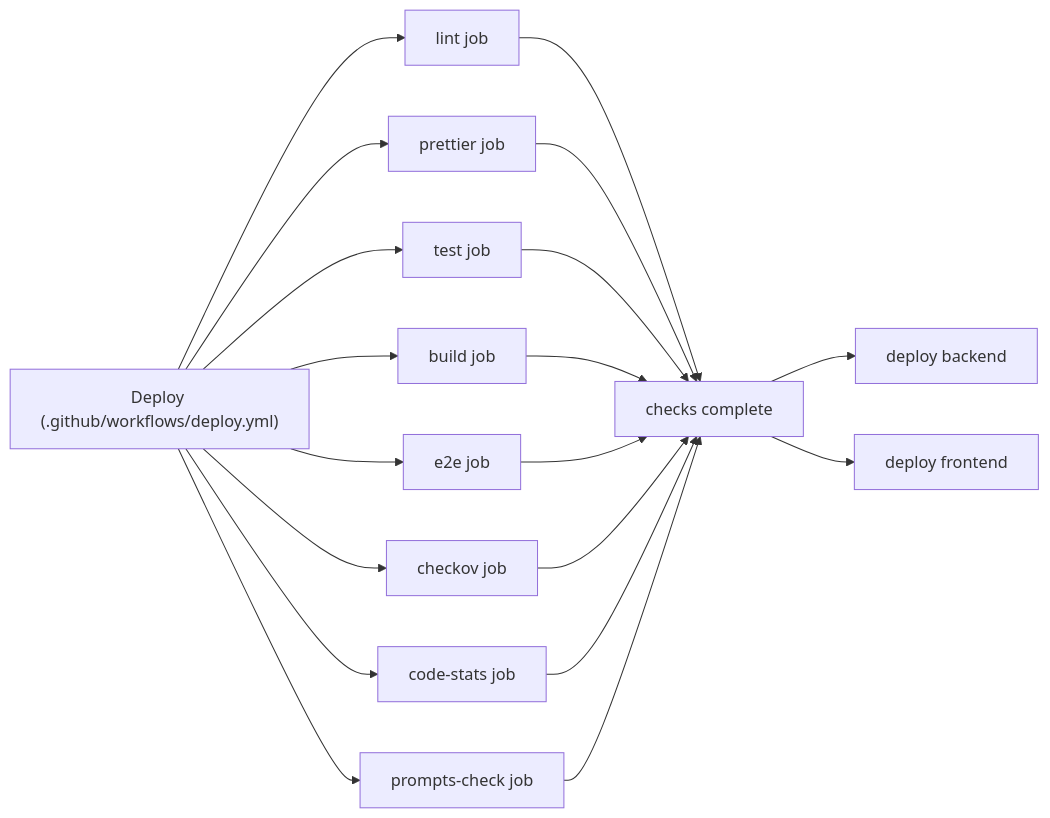
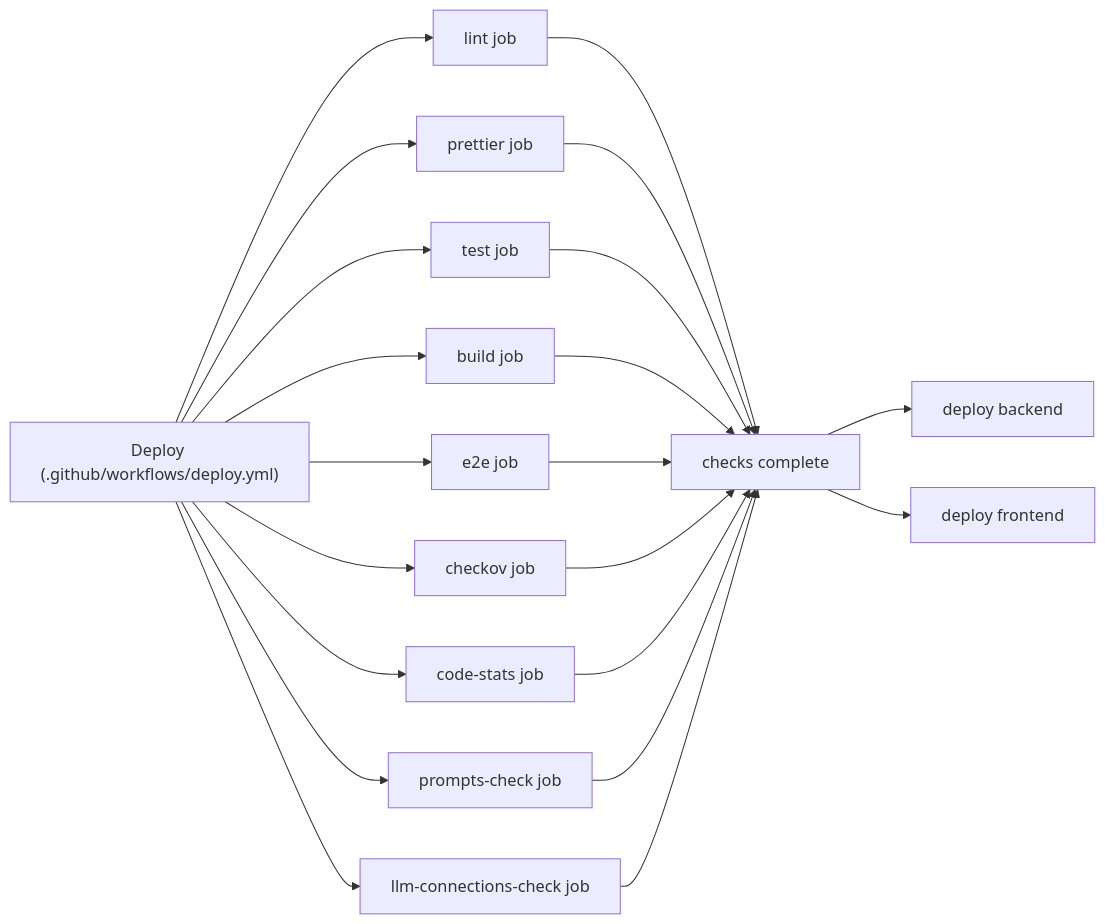
Before and after one commit to BASIC-BIT/meeting-notes-discord-bot: the fourth of 4 diagrams in README.md, drawn with Mermaid. The commit also changed other lines of this file and 40 other files, not shown here.

````diff
--- a/README.md
+++ b/README.md
@@ -99,21 +112,23 @@
 ```mermaid
 flowchart LR
   A["Deploy (.github/workflows/deploy.yml)"] --> B["lint job"]
   A --> C["prettier job"]
   A --> D["test job"]
   A --> E["build job"]
   A --> F["e2e job"]
   A --> G["checkov job"]
   A --> H["code-stats job"]
   A --> P["prompts-check job"]
+  A --> Q["llm-connections-check job"]
   B --> Z["checks complete"]
   C --> Z
   D --> Z
   E --> Z
   F --> Z
   G --> Z
   H --> Z
   P --> Z
+  Q --> Z
   Z --> I["deploy backend"]
   Z --> J["deploy frontend"]
 ```
````
